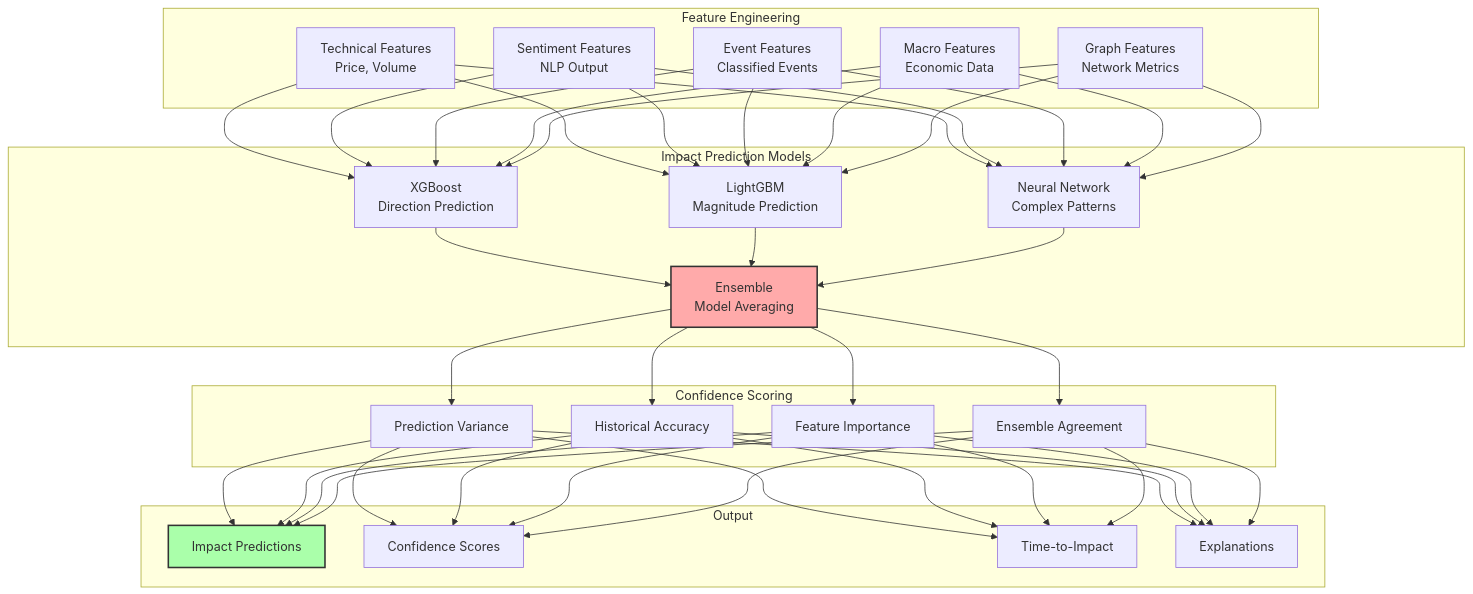
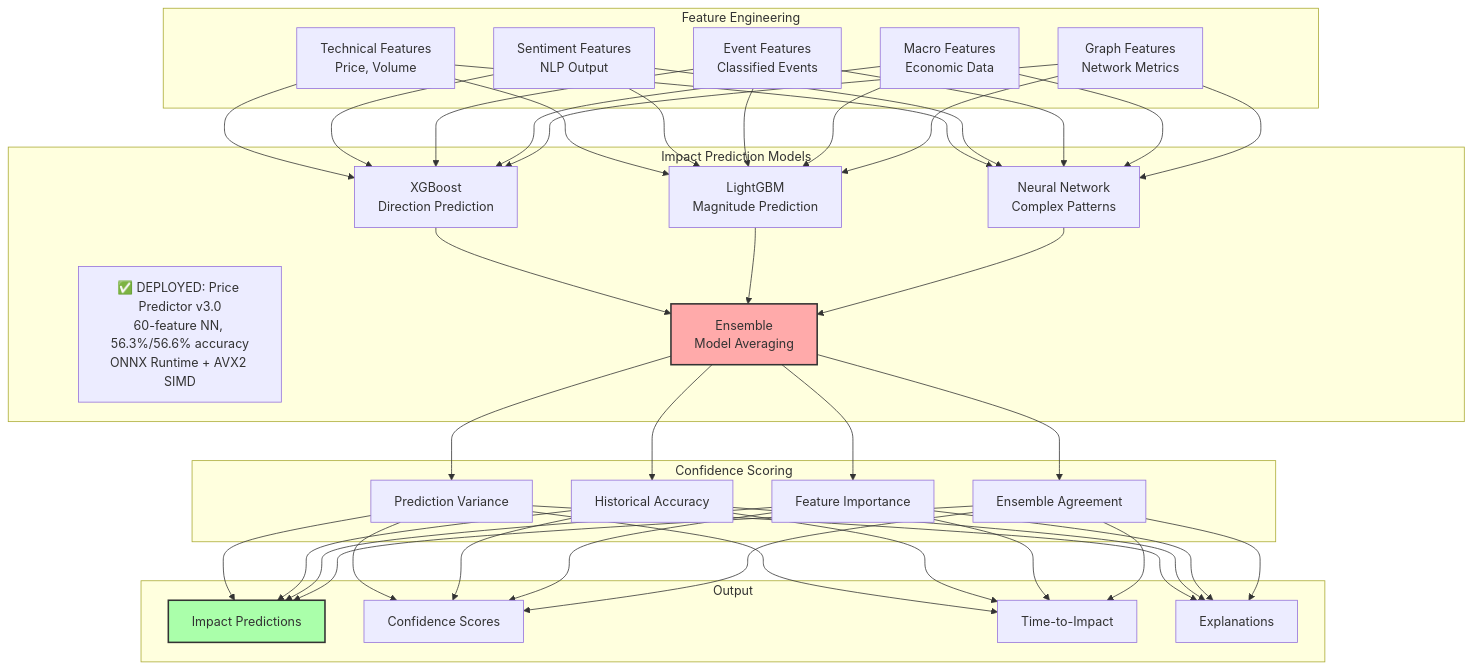
One commit to oldboldpilot/BigBrotherAnalytics changed the sixth of 16 diagrams in docs/architecture/market-intelligence-engine.md. Above: the diagram before and after it, drawn with Mermaid. The commit also changed other lines of this file and 21 other files, not shown here.

First line of the commit message:
feat: Complete ML Price Predictor v3.0 integration with 60-feature model

````diff
--- a/docs/architecture/market-intelligence-engine.md
+++ b/docs/architecture/market-intelligence-engine.md
@@ -297,39 +310,40 @@
 ```mermaid
 graph TB
     subgraph "Feature Engineering"
         FE1[Technical Features<br/>Price, Volume]
         FE2[Sentiment Features<br/>NLP Output]
         FE3[Event Features<br/>Classified Events]
         FE4[Macro Features<br/>Economic Data]
         FE5[Graph Features<br/>Network Metrics]
     end
 
     subgraph "Impact Prediction Models"
         IPM1[XGBoost<br/>Direction Prediction]
         IPM2[LightGBM<br/>Magnitude Prediction]
         IPM3[Neural Network<br/>Complex Patterns]
+        IPM3B[✅ DEPLOYED: Price Predictor v3.0<br/>60-feature NN, 56.3%/56.6% accuracy<br/>ONNX Runtime + AVX2 SIMD]
         IPM4[Ensemble<br/>Model Averaging]
     end
 
     subgraph "Confidence Scoring"
         CS1[Prediction Variance]
         CS2[Historical Accuracy]
         CS3[Feature Importance]
         CS4[Ensemble Agreement]
     end
 
     subgraph "Output"
         OUT1[Impact Predictions]
         OUT2[Confidence Scores]
         OUT3[Time-to-Impact]
         OUT4[Explanations]
     end
 
     FE1 & FE2 & FE3 & FE4 & FE5 --> IPM1 & IPM2 & IPM3
     IPM1 & IPM2 & IPM3 --> IPM4
     IPM4 --> CS1 & CS2 & CS3 & CS4
     CS1 & CS2 & CS3 & CS4 --> OUT1 & OUT2 & OUT3 & OUT4
 
     style IPM4 fill:#faa,stroke:#333,stroke-width:2px
     style OUT1 fill:#afa,stroke:#333,stroke-width:2px
 ```
````
